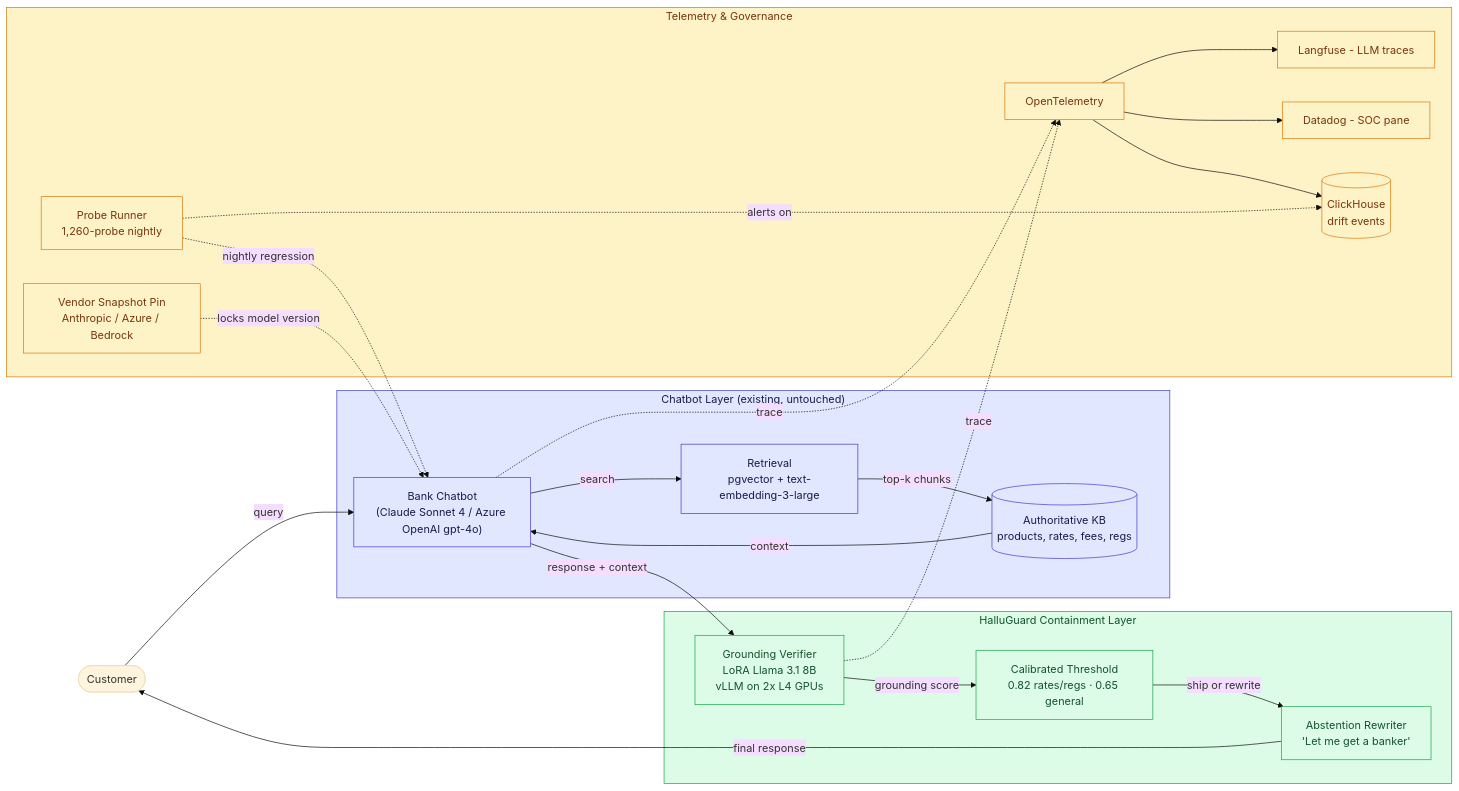
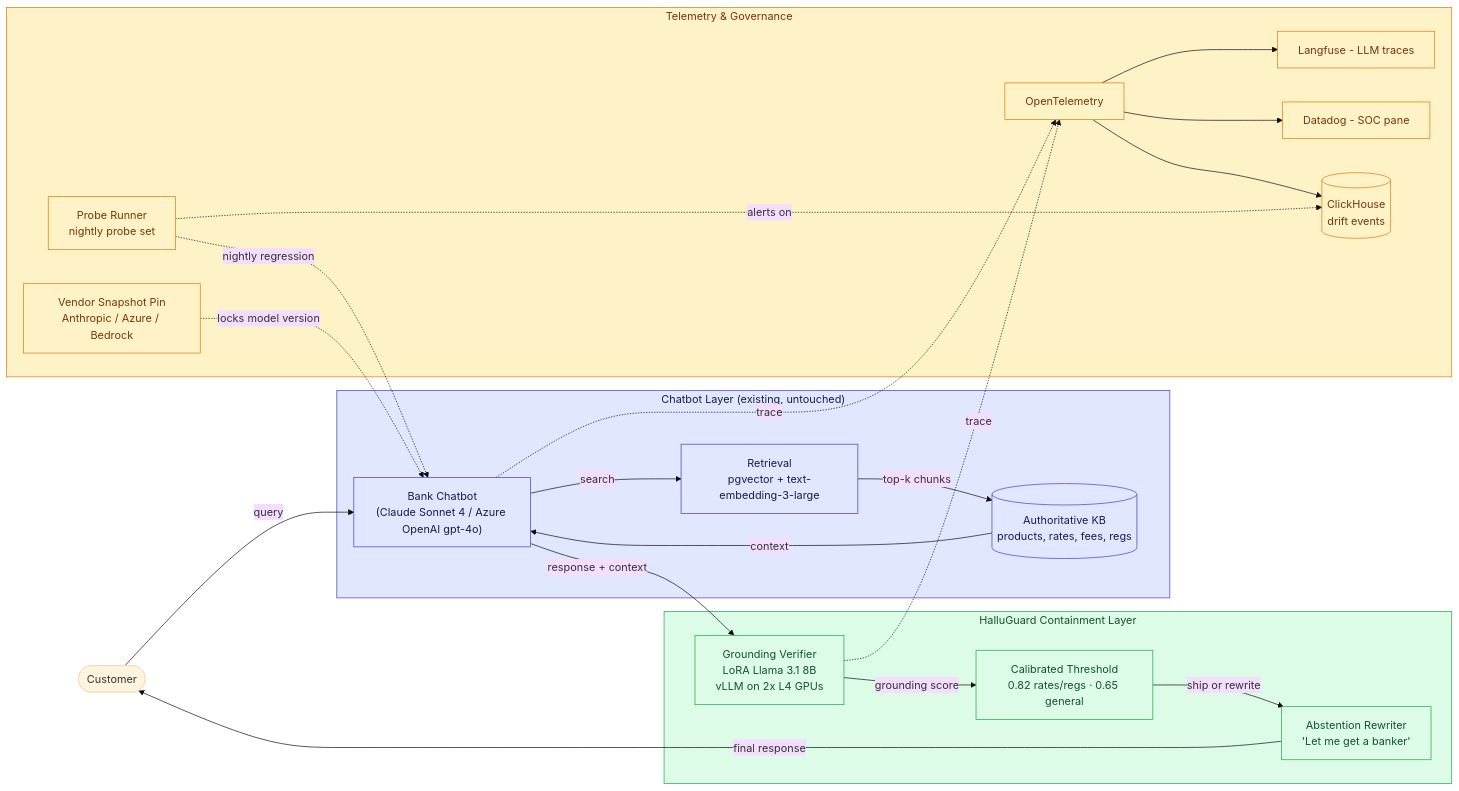
One commit to Vj-shipped-anyway/ai-pm-portfolio changed the first of 3 diagrams in 01-halluguard-bank-chatbot-safety/README.md. Above: the diagram before and after it, drawn with Mermaid (base theme). The commit also changed other lines of this file and 4 other files, not shown here.

````diff
--- a/01-halluguard-bank-chatbot-safety/README.md
+++ b/01-halluguard-bank-chatbot-safety/README.md
@@ -459,50 +459,50 @@
 ```mermaid
 flowchart LR
     USER([Customer])
 
     subgraph CHATBOT_LAYER["Chatbot Layer (existing, untouched)"]
         BOT["Bank Chatbot<br/>(Claude Sonnet 4 / Azure OpenAI gpt-4o)"]
         RAG["Retrieval<br/>pgvector + text-embedding-3-large"]
         KB[("Authoritative KB<br/>products, rates, fees, regs")]
     end
 
     subgraph HALLUGUARD["HalluGuard Containment Layer"]
         VERIFIER["Grounding Verifier<br/>LoRA Llama 3.1 8B<br/>vLLM on 2x L4 GPUs"]
         CAL["Calibrated Threshold<br/>0.82 rates/regs · 0.65 general"]
         ABSTAIN["Abstention Rewriter<br/>'Let me get a banker'"]
     end
 
     subgraph TELEMETRY["Telemetry & Governance"]
         OTEL[OpenTelemetry]
         LF[Langfuse - LLM traces]
         DD[Datadog - SOC pane]
         CH[(ClickHouse<br/>drift events)]
-        PROBE["Probe Runner<br/>1,260-probe nightly"]
+        PROBE["Probe Runner<br/>nightly probe set"]
         VPIN["Vendor Snapshot Pin<br/>Anthropic / Azure / Bedrock"]
     end
 
     USER -->|query| BOT
     BOT -->|search| RAG
     RAG -->|top-k chunks| KB
     KB -->|context| BOT
     BOT -->|response + context| VERIFIER
     VERIFIER -->|grounding score| CAL
     CAL -->|ship or rewrite| ABSTAIN
     ABSTAIN -->|final response| USER
 
     BOT -.->|trace| OTEL
     VERIFIER -.->|trace| OTEL
     OTEL --> LF
     OTEL --> DD
     OTEL --> CH
     PROBE -.->|nightly regression| BOT
     VPIN -.->|locks model version| BOT
     PROBE -.->|alerts on| CH
 
     classDef existing fill:#e0e7ff,stroke:#4338ca,color:#1e1b4b
     classDef new fill:#dcfce7,stroke:#16a34a,color:#14532d
     classDef tel fill:#fef3c7,stroke:#d97706,color:#78350f
     class CHATBOT_LAYER,BOT,RAG,KB existing
     class HALLUGUARD,VERIFIER,CAL,ABSTAIN new
     class TELEMETRY,OTEL,LF,DD,CH,PROBE,VPIN tel
 ```
````
